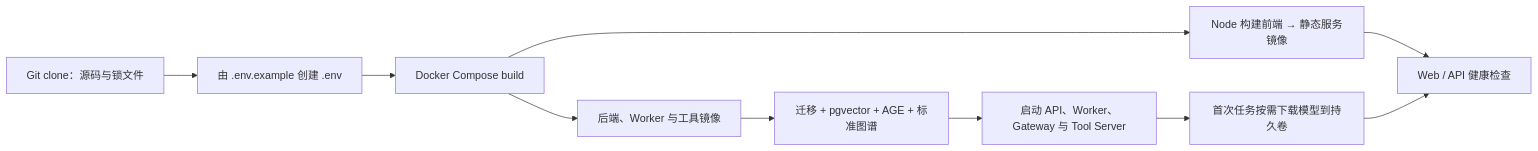
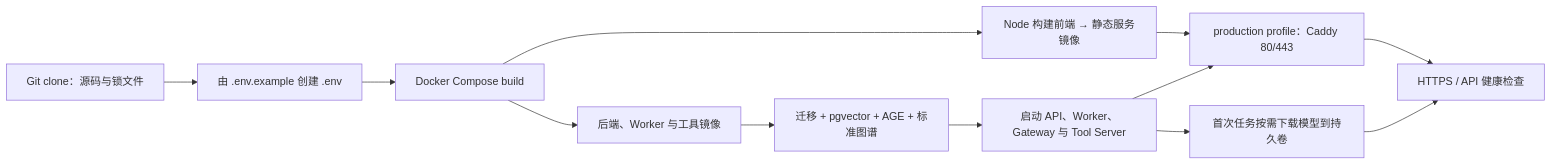
Before and after one commit to asxzsa558/CertiProof: the third of 14 diagrams in .opencode/plans/ARCHITECTURE.md, drawn with Mermaid. The commit also changed other lines of this file and 59 other files, not shown here.

````diff
--- a/.opencode/plans/ARCHITECTURE.md
+++ b/.opencode/plans/ARCHITECTURE.md
@@ -192,12 +194,14 @@
 ```mermaid
 flowchart LR
   CLONE["Git clone：源码与锁文件"] --> ENV["由 .env.example 创建 .env"]
   ENV --> BUILD["Docker Compose build"]
   BUILD --> FEIMG["Node 构建前端 → 静态服务镜像"]
   BUILD --> APPIMG["后端、Worker 与工具镜像"]
   APPIMG --> MIGRATE["迁移 + pgvector + AGE + 标准图谱"]
   MIGRATE --> START["启动 API、Worker、Gateway 与 Tool Server"]
+  START --> EDGE["production profile：Caddy 80/443"]
   START --> LAZY["首次任务按需下载模型到持久卷"]
-  FEIMG --> READY["Web / API 健康检查"]
+  FEIMG --> EDGE
+  EDGE --> READY["HTTPS / API 健康检查"]
   LAZY --> READY
 ```
````
